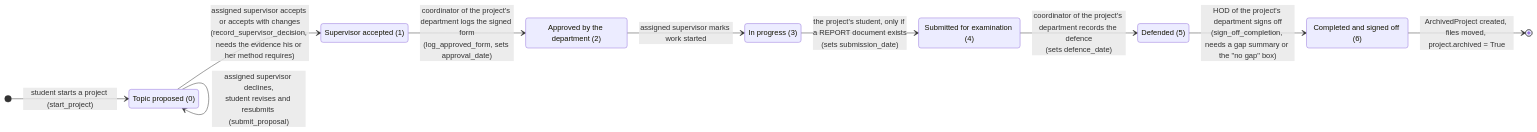
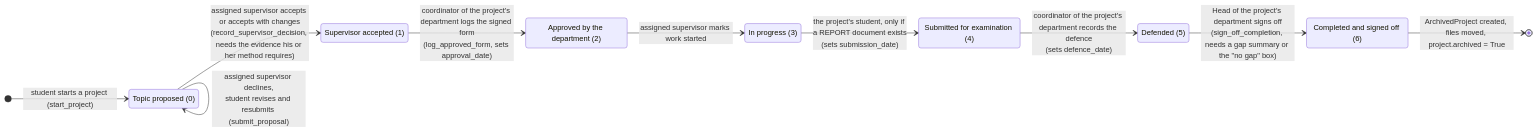
The diagram in docs/diagrams/project_states.mmd (AjStyles20/FYP-Repository-and-Supervision-Platform), drawn with Mermaid before and after one commit. The commit also changed 81 other files, not shown here.

```diff
--- a/docs/diagrams/project_states.mmd
+++ b/docs/diagrams/project_states.mmd
@@ -1,24 +1,24 @@
 %% Project stage state machine, from projecthub_slice1/apps/projects/services/lifecycle.py
 %% (TRANSITION_ROLES, SUPERVISOR_TRANSITIONS, record_transition, sign_off_completion),
 %% apps/projects/services/approval.py (record_supervisor_decision, log_approved_form) and
 %% apps/projects/views.py (start_project). Stage values are apps/projects/models/project.py:13-22.
 %% There are no backward transitions: no corrections loop, no withdrawal (docs/known_limits.md).
 stateDiagram-v2
     direction LR
     state "Topic proposed (0)" as Proposed
     state "Supervisor accepted (1)" as SupervisorAccepted
     state "Approved by the department (2)" as Approved
     state "In progress (3)" as InProgress
     state "Submitted for examination (4)" as Submitted
     state "Defended (5)" as Defended
     state "Completed and signed off (6)" as Completed
 
     [*] --> Proposed: student starts a project (start_project)
     Proposed --> Proposed: assigned supervisor declines,<br/>student revises and resubmits (submit_proposal)
     Proposed --> SupervisorAccepted: assigned supervisor accepts or accepts with changes<br/>(record_supervisor_decision, needs the evidence his or her method requires)
     SupervisorAccepted --> Approved: coordinator of the project's department logs the signed form<br/>(log_approved_form, sets approval_date)
     Approved --> InProgress: assigned supervisor marks work started
     InProgress --> Submitted: the project's student, only if a REPORT document exists<br/>(sets submission_date)
     Submitted --> Defended: coordinator of the project's department records the defence<br/>(sets defence_date)
-    Defended --> Completed: HOD of the project's department signs off<br/>(sign_off_completion, needs a gap summary or the "no gap" box)
+    Defended --> Completed: Head of the project's department signs off<br/>(sign_off_completion, needs a gap summary or the "no gap" box)
     Completed --> [*]: ArchivedProject created, files moved, project.archived = True
```
